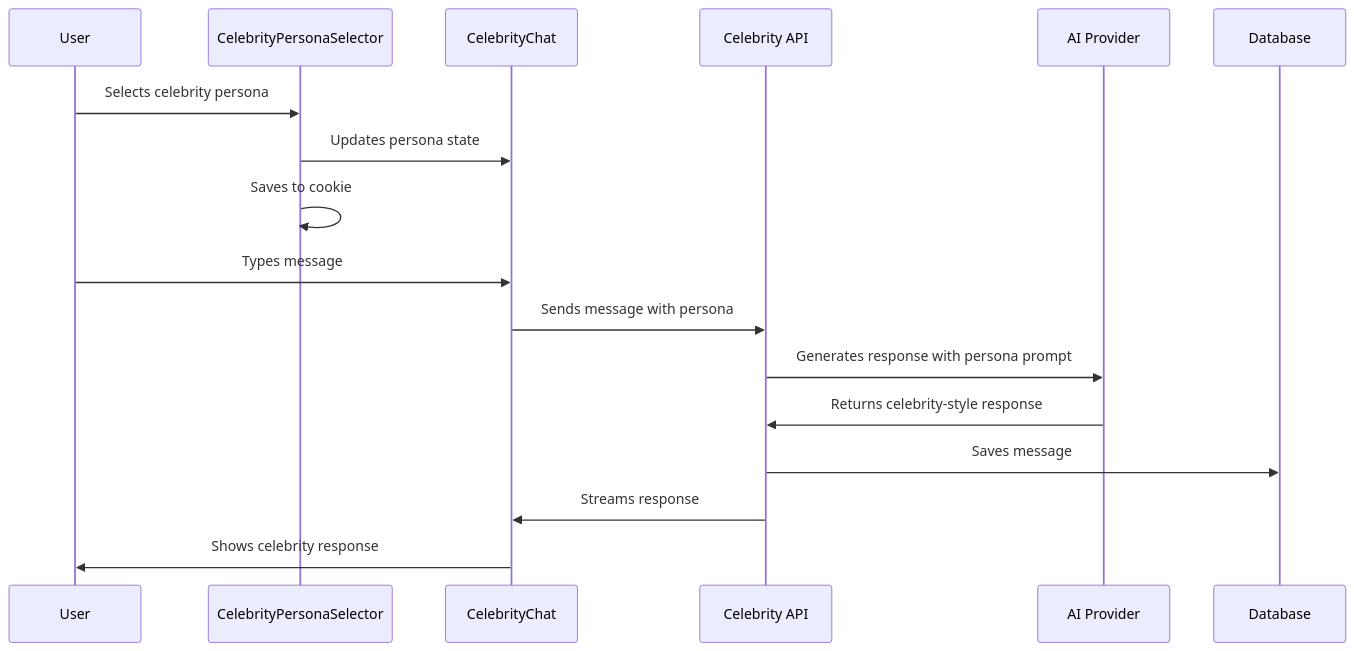
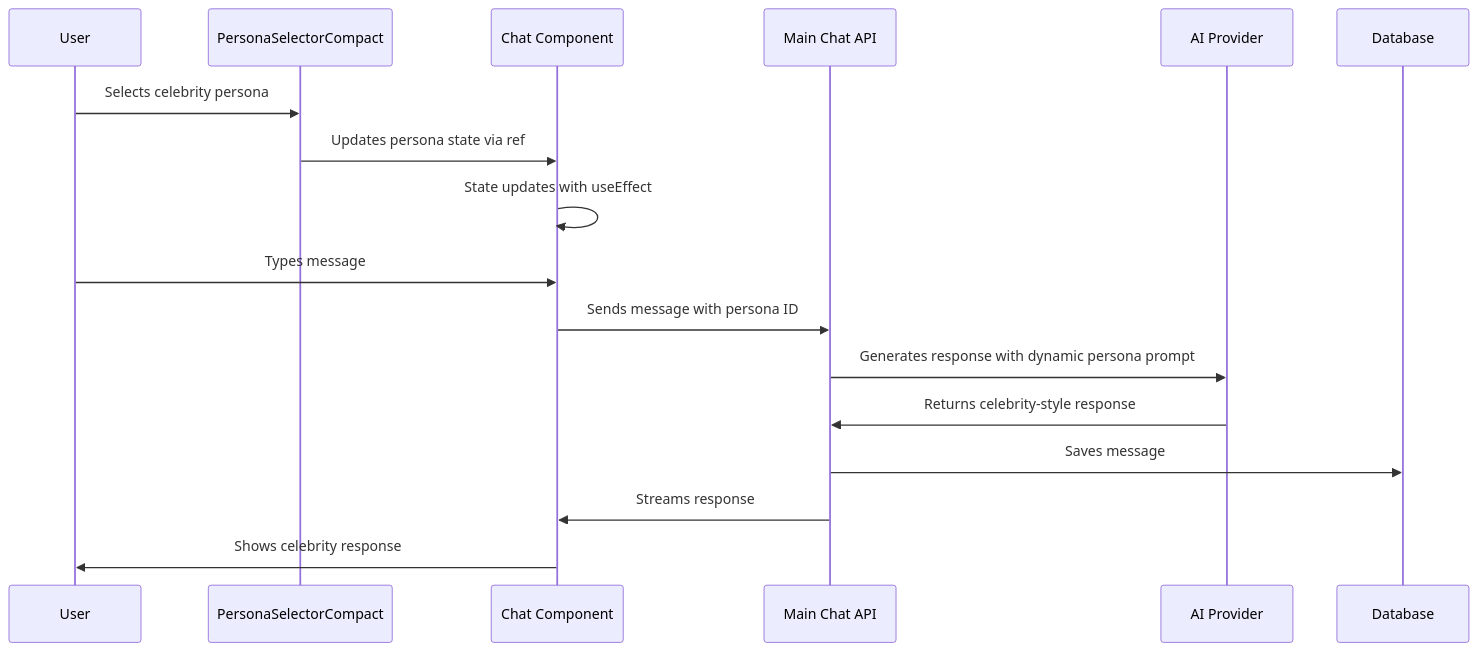
The second of 2 diagrams in docs/CELEBRITY_CHAT_IMPLEMENTATION_COMPLETE.md (pissaypratheesh/ai-chatbot), drawn with Mermaid before and after one commit. The commit also changed other lines of this file and 3 other files, not shown here.

First line of the commit message:
feat: consolidate celebrity chat into main interface

````diff
--- a/docs/CELEBRITY_CHAT_IMPLEMENTATION_COMPLETE.md
+++ b/docs/CELEBRITY_CHAT_IMPLEMENTATION_COMPLETE.md
@@ -57,21 +60,21 @@
 ```mermaid
 sequenceDiagram
     participant U as User
-    participant CS as CelebrityPersonaSelector
-    participant CC as CelebrityChat
-    participant API as Celebrity API
+    participant PS as PersonaSelectorCompact
+    participant C as Chat Component
+    participant API as Main Chat API
     participant AI as AI Provider
     participant DB as Database
     
-    U->>CS: Selects celebrity persona
-    CS->>CC: Updates persona state
-    CS->>CS: Saves to cookie
+    U->>PS: Selects celebrity persona
+    PS->>C: Updates persona state via ref
+    C->>C: State updates with useEffect
     
-    U->>CC: Types message
-    CC->>API: Sends message with persona
-    API->>AI: Generates response with persona prompt
+    U->>C: Types message
+    C->>API: Sends message with persona ID
+    API->>AI: Generates response with dynamic persona prompt
     AI->>API: Returns celebrity-style response
     API->>DB: Saves message
-    API->>CC: Streams response
-    CC->>U: Shows celebrity response
+    API->>C: Streams response
+    C->>U: Shows celebrity response
 ```
````
